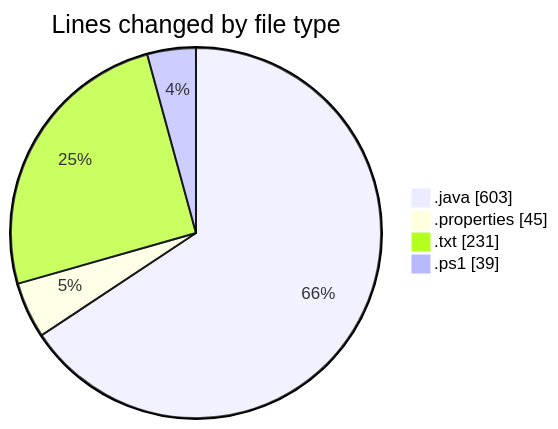
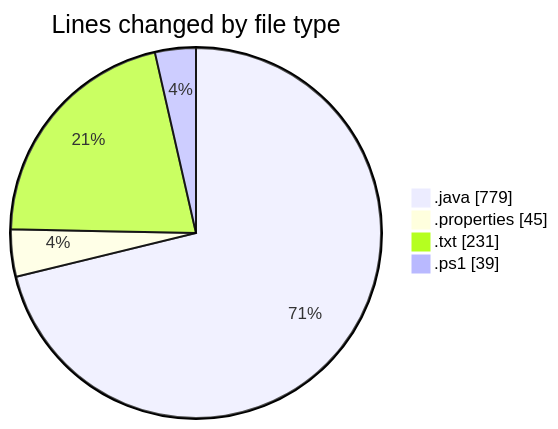
One commit to ricardozamudiocil/code-tracking changed the first of 2 diagrams in 2026-03-03/cilapp/README.md. Above: the diagram before and after it, drawn with Mermaid. The commit also changed other lines of this file and 1 other file, not shown here.

````diff
--- a/2026-03-03/cilapp/README.md
+++ b/2026-03-03/cilapp/README.md
@@ -27,8 +27,8 @@
 ```mermaid
 pie showData
 title Lines changed by file type
-".java" : 603
+".java" : 779
 ".properties" : 45
 ".txt" : 231
 ".ps1" : 39
 ```
````
